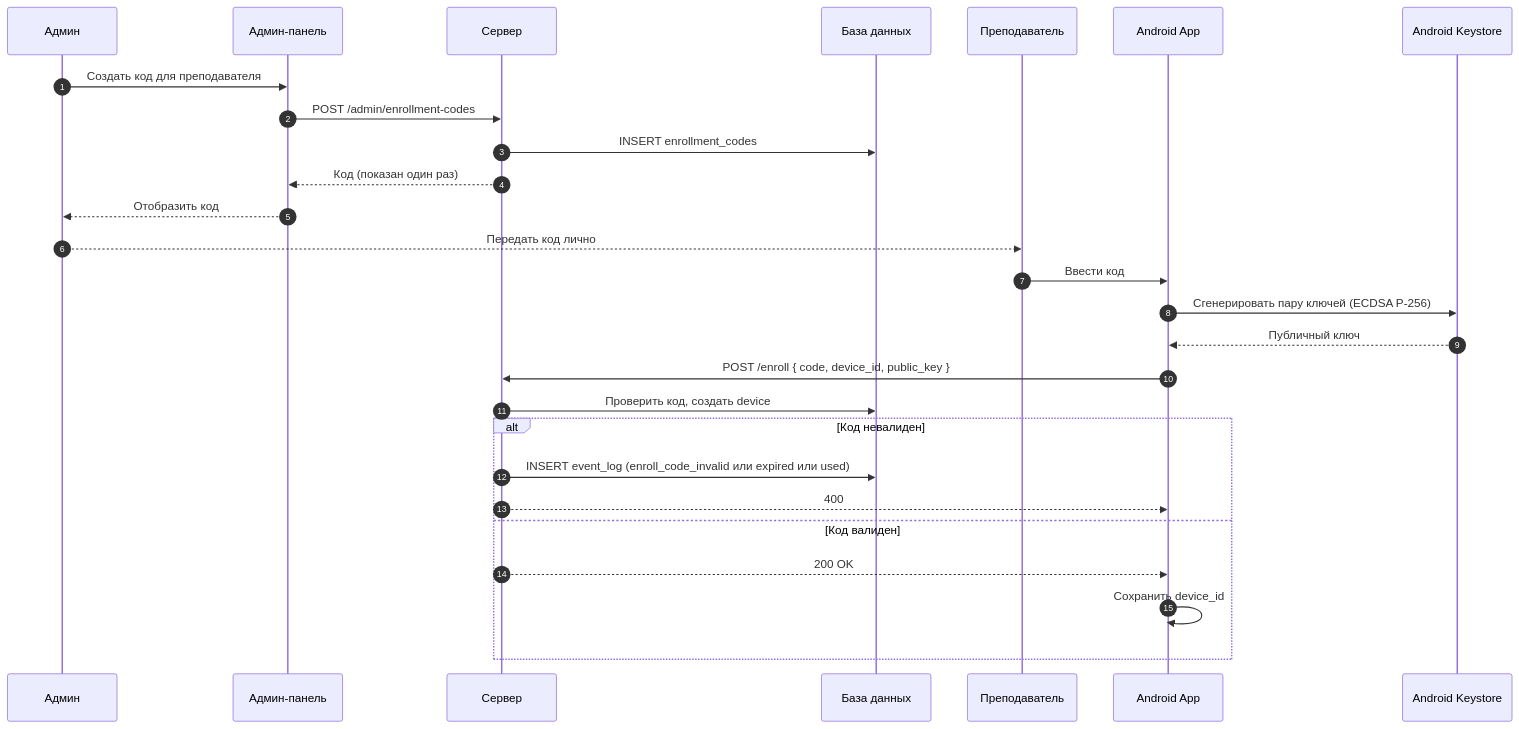
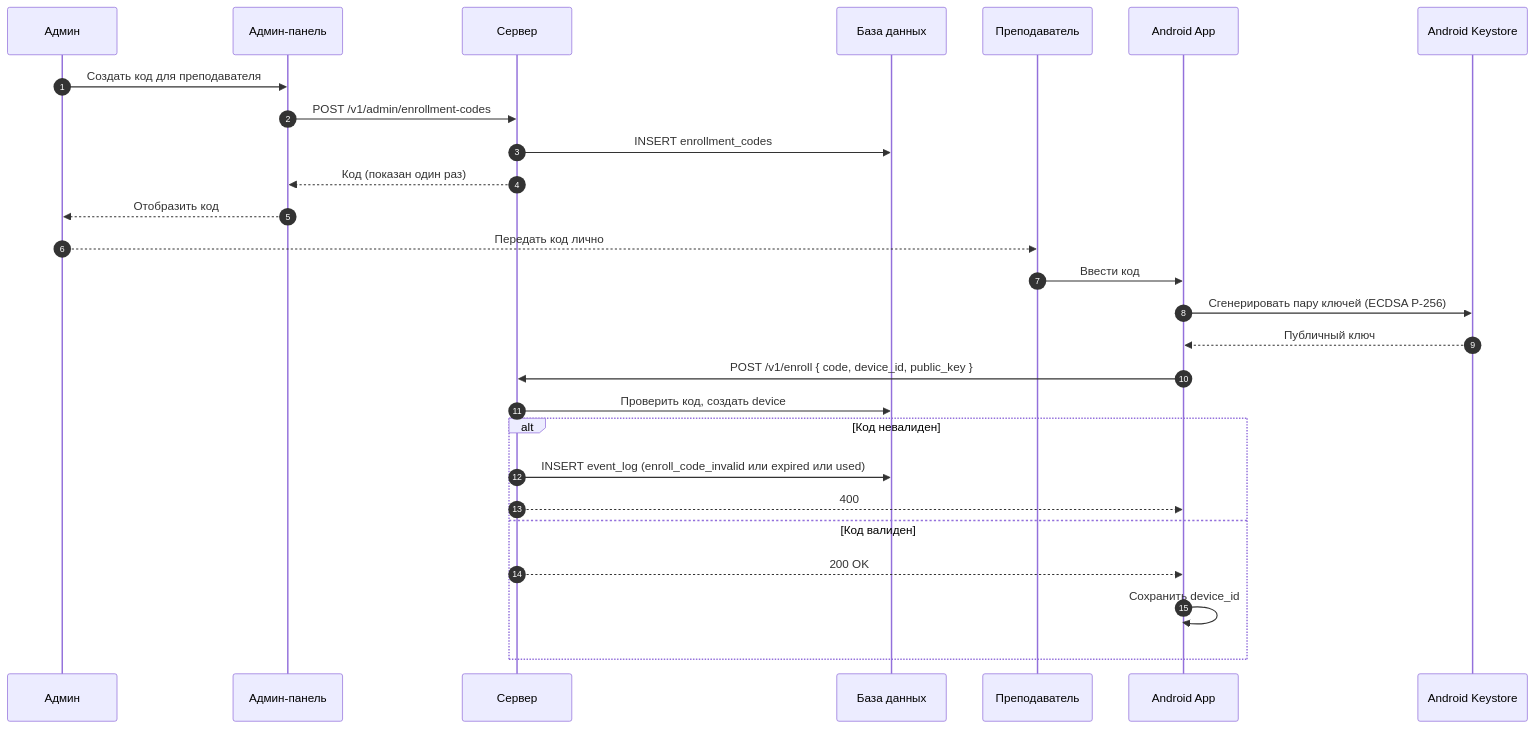
One commit to SP4CEVI/iasu-2.0 changed the eighth of 13 diagrams in concept.md. Above: the diagram before and after it, drawn with Mermaid. The commit also changed other lines of this file, not shown here.

````diff
--- a/concept.md
+++ b/concept.md
@@ -1061,31 +1095,31 @@
 ```mermaid
 sequenceDiagram
     autonumber
     participant Admin as Админ
     participant Web as Админ-панель
     participant API as Сервер
     participant DB as База данных
     participant Teacher as Преподаватель
     participant App as Android App
     participant KS as Android Keystore
 
     Admin->>Web: Создать код для преподавателя
-    Web->>API: POST /admin/enrollment-codes
+    Web->>API: POST /v1/admin/enrollment-codes
     API->>DB: INSERT enrollment_codes
     API-->>Web: Код (показан один раз)
     Web-->>Admin: Отобразить код
     Admin-->>Teacher: Передать код лично
 
     Teacher->>App: Ввести код
     App->>KS: Сгенерировать пару ключей (ECDSA P-256)
     KS-->>App: Публичный ключ
-    App->>API: POST /enroll { code, device_id, public_key }
+    App->>API: POST /v1/enroll { code, device_id, public_key }
     API->>DB: Проверить код, создать device
     alt Код невалиден
         API->>DB: INSERT event_log (enroll_code_invalid или expired или used)
         API-->>App: 400
     else Код валиден
         API-->>App: 200 OK
         App->>App: Сохранить device_id
     end
 ```
````
